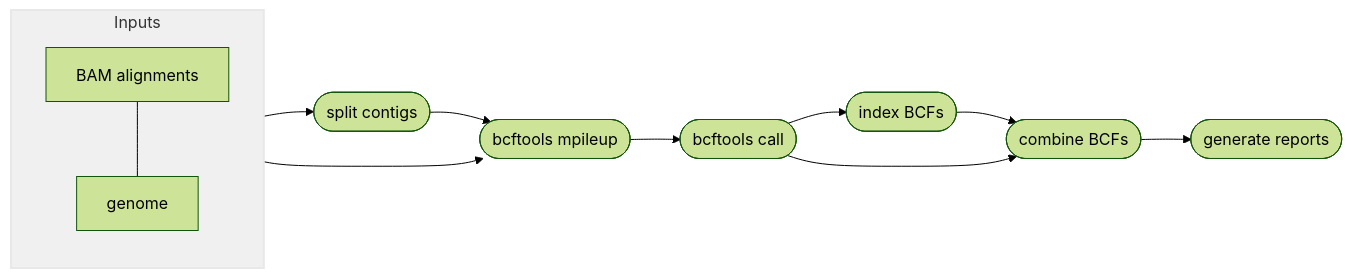
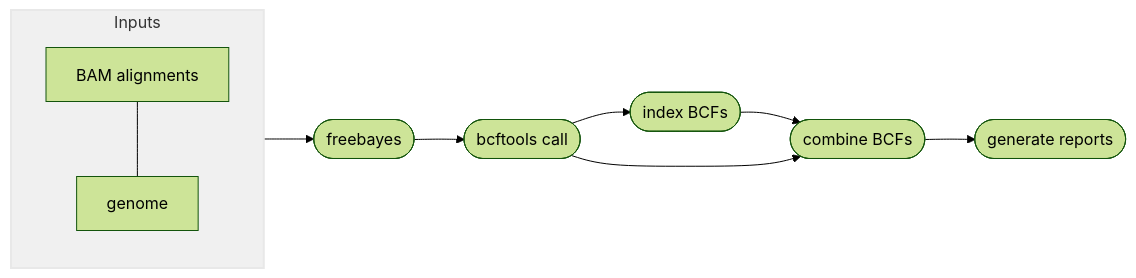
Before and after one commit to pdimens/harpy: the first of 2 diagrams in Modules/snp.md, drawn with Mermaid (forest theme). The commit also changed other lines of this file, not shown here.

````diff
--- a/Modules/snp.md
+++ b/Modules/snp.md
@@ -128,14 +128,13 @@
 ```mermaid
 graph LR
     subgraph Inputs
         aln[BAM alignments]---gen[genome]
     end
-    Inputs --> B & A
-    A([split contigs]) --> B([bcftools mpileup])
+    Inputs --> B([freebayes])
     B-->C([bcftools call])
     C-->D([index BCFs])
     D-->E([combine BCFs])
     C-->E
     E-->F([generate reports])
     style Inputs fill:#f0f0f0,stroke:#e8e8e8,stroke-width:2px
 ```
````
